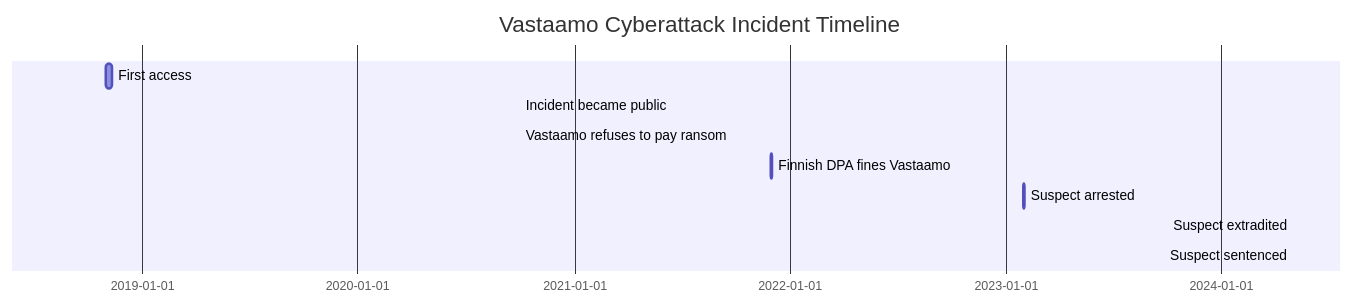
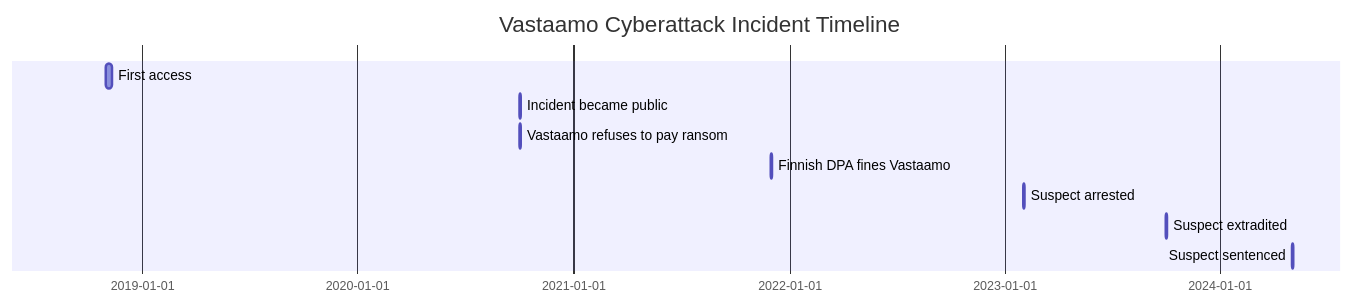
One commit to G3ph4z/g3ph4z.github.io changed the diagram in _posts/2024-05-23-the-vastaamo-data-breach.md. Above: the diagram before and after it, drawn with Mermaid.

Commit message:
Update the timerange of the timeline

````diff
--- a/_posts/2024-05-23-the-vastaamo-data-breach.md
+++ b/_posts/2024-05-23-the-vastaamo-data-breach.md
@@ -44,12 +44,12 @@
 ```mermaid
   gantt
     title Vastaamo Cyberattack Incident Timeline
     dateFormat  YYYY-MM-DD
     First access :a1, 2018-11-01, 10d
-    Incident became public :a2, 2020-10-01, 1d
-    Vastaamo refuses to pay ransom :a3, 2020-10-01, 1d
-    Finnish DPA fines Vastaamo :a4, 2021-12-01, 1d
-    Suspect arrested :a5, 2023-02-01, 1d
-    Suspect extradited :a6, 2023-10-01, 1d
-    Suspect sentenced :a7, 2024-05-01, 1d
+    Incident became public :a2, 2020-10-01, 3d
+    Vastaamo refuses to pay ransom :a3, 2020-10-01, 3d
+    Finnish DPA fines Vastaamo :a4, 2021-12-01, 3d
+    Suspect arrested :a5, 2023-02-01, 3d
+    Suspect extradited :a6, 2023-10-01, 3d
+    Suspect sentenced :a7, 2024-05-01, 3d
 ```
````
